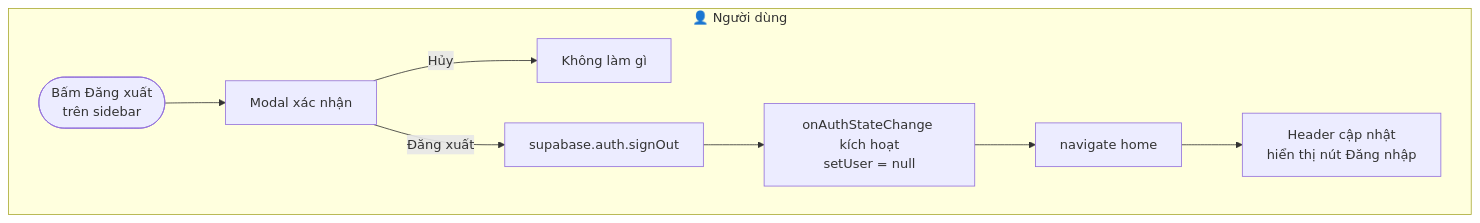
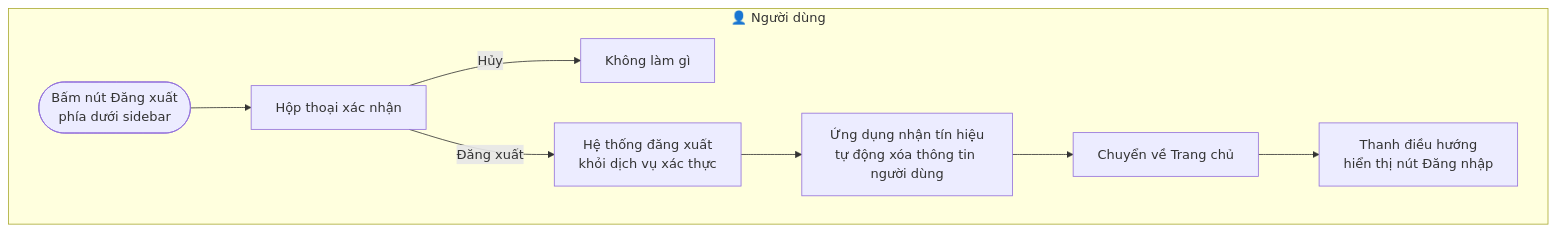
Before and after one commit to natelyt12/trotot: the eighth of 8 diagrams in prj_workflows/05_profile_workflow.md, drawn with Mermaid. The commit also changed other lines of this file and 5 other files, not shown here.

````diff
--- a/prj_workflows/05_profile_workflow.md
+++ b/prj_workflows/05_profile_workflow.md
@@ -198,11 +197,11 @@
 ```mermaid
 flowchart TD
     subgraph USER["👤 Người dùng"]
-        A([Bấm Đăng xuất\ntrên sidebar]) --> B[Modal xác nhận]
+        A([Bấm nút Đăng xuất\nphía dưới sidebar]) --> B[Hộp thoại xác nhận]
         B --> |Hủy| C[Không làm gì]
-        B --> |Đăng xuất| D[supabase.auth.signOut]
-        D --> E[onAuthStateChange kích hoạt\nsetUser = null]
-        E --> F[navigate home]
-        F --> G[Header cập nhật\nhiển thị nút Đăng nhập]
+        B --> |Đăng xuất| D[Hệ thống đăng xuất\nkhỏi dịch vụ xác thực]
+        D --> E[Ứng dụng nhận tín hiệu\ntự động xóa thông tin người dùng]
+        E --> F[Chuyển về Trang chủ]
+        F --> G[Thanh điều hướng\nhiển thị nút Đăng nhập]
     end
 ```
````
